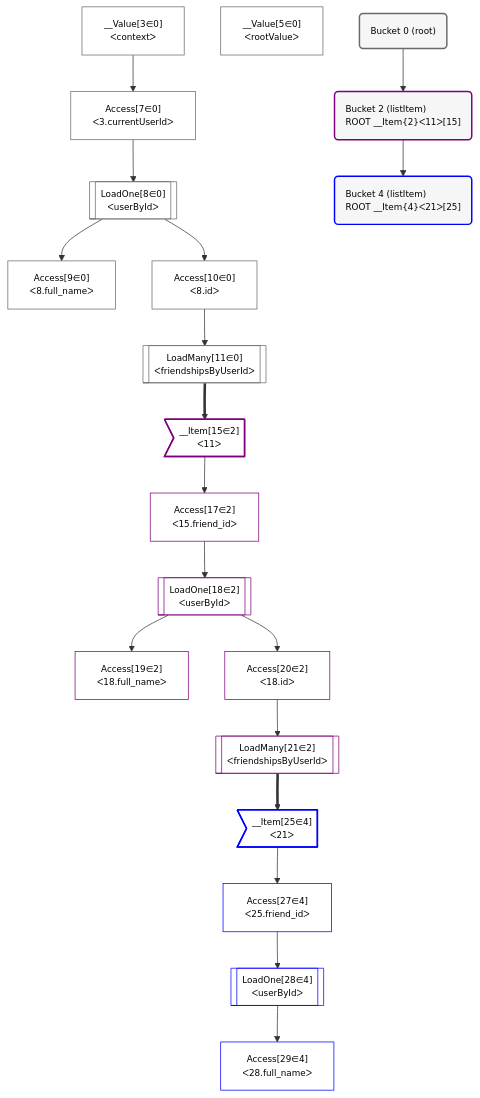
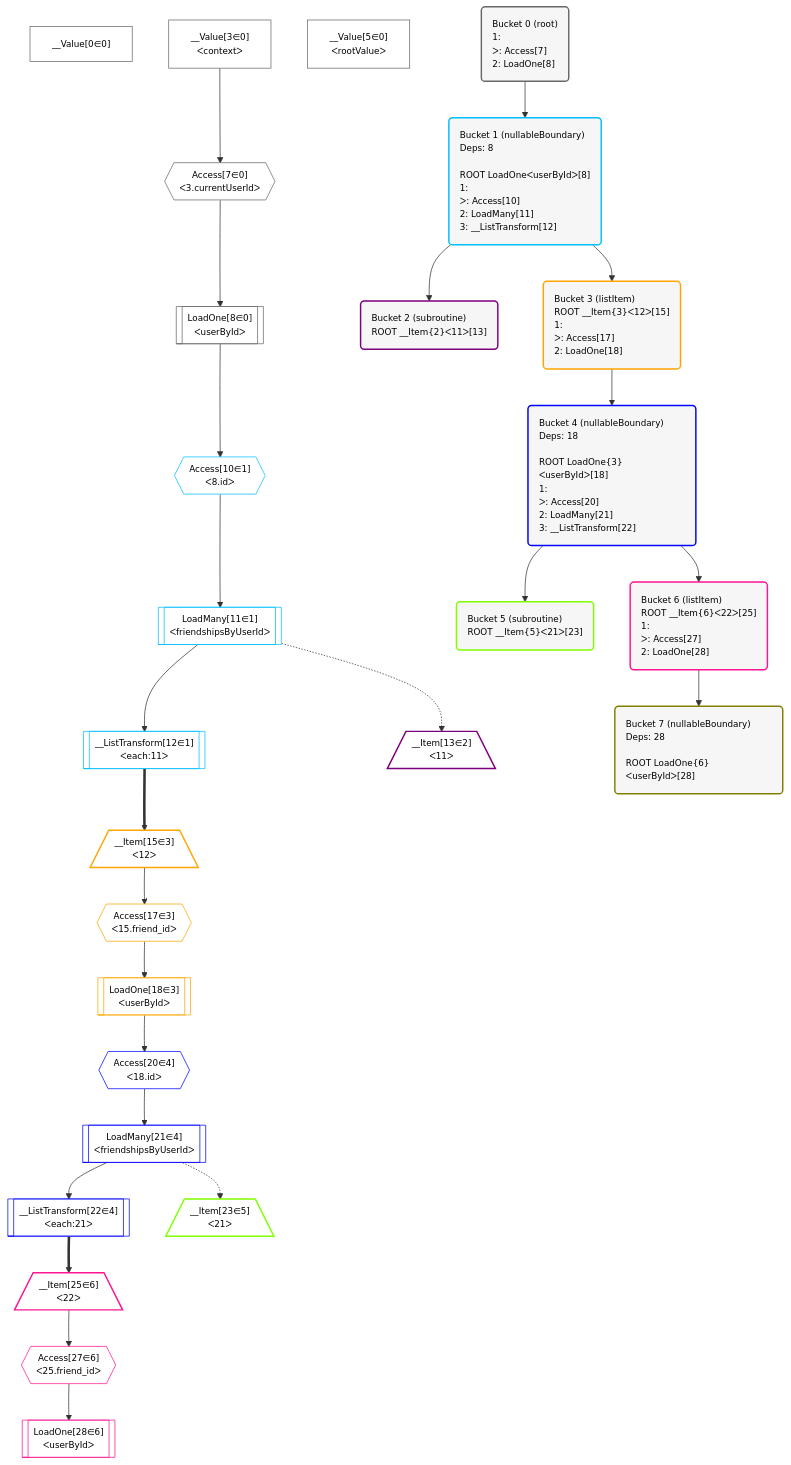
The diagram in grafast/website/examples/users-and-friends/plan.mermaid (graphile/crystal), drawn with Mermaid before and after one commit. The commit also changed 1 other file, not shown here.

```diff
--- a/grafast/website/examples/users-and-friends/plan.mermaid
+++ b/grafast/website/examples/users-and-friends/plan.mermaid
@@ -1,56 +1,78 @@
 %%{init: {'themeVariables': { 'fontSize': '12px'}}}%%
 flowchart TD
     classDef path fill:#eee,stroke:#000,color:#000
     classDef plan fill:#fff,stroke-width:1px,color:#000
     classDef itemplan fill:#fff,stroke-width:2px,color:#000
-    classDef sideeffectplan fill:#f00,stroke-width:2px,color:#000
+    classDef unbatchedplan fill:#dff,stroke-width:1px,color:#000
+    classDef sideeffectplan fill:#fcc,stroke-width:2px,color:#000
     classDef bucket fill:#f6f6f6,color:#000,stroke-width:2px,text-align:left
 
 
     %% define steps
+    __Value0["__Value[0∈0]"]:::plan
     __Value3["__Value[3∈0]<br />ᐸcontextᐳ"]:::plan
     __Value5["__Value[5∈0]<br />ᐸrootValueᐳ"]:::plan
-    Access7["Access[7∈0]<br />ᐸ3.currentUserIdᐳ"]:::plan
+    Access7{{"Access[7∈0]<br />ᐸ3.currentUserIdᐳ"}}:::plan
     LoadOne8[["LoadOne[8∈0]<br />ᐸuserByIdᐳ"]]:::plan
-    Access9["Access[9∈0]<br />ᐸ8.full_nameᐳ"]:::plan
-    Access10["Access[10∈0]<br />ᐸ8.idᐳ"]:::plan
-    LoadMany11[["LoadMany[11∈0]<br />ᐸfriendshipsByUserIdᐳ"]]:::plan
-    __Item15>"__Item[15∈2]<br />ᐸ11ᐳ"]:::itemplan
-    Access17["Access[17∈2]<br />ᐸ15.friend_idᐳ"]:::plan
-    LoadOne18[["LoadOne[18∈2]<br />ᐸuserByIdᐳ"]]:::plan
-    Access19["Access[19∈2]<br />ᐸ18.full_nameᐳ"]:::plan
-    Access20["Access[20∈2]<br />ᐸ18.idᐳ"]:::plan
-    LoadMany21[["LoadMany[21∈2]<br />ᐸfriendshipsByUserIdᐳ"]]:::plan
-    __Item25>"__Item[25∈4]<br />ᐸ21ᐳ"]:::itemplan
-    Access27["Access[27∈4]<br />ᐸ25.friend_idᐳ"]:::plan
-    LoadOne28[["LoadOne[28∈4]<br />ᐸuserByIdᐳ"]]:::plan
-    Access29["Access[29∈4]<br />ᐸ28.full_nameᐳ"]:::plan
+    Access10{{"Access[10∈1]<br />ᐸ8.idᐳ"}}:::plan
+    LoadMany11[["LoadMany[11∈1]<br />ᐸfriendshipsByUserIdᐳ"]]:::plan
+    __ListTransform12[["__ListTransform[12∈1]<br />ᐸeach:11ᐳ"]]:::plan
+    __Item13[/"__Item[13∈2]<br />ᐸ11ᐳ"\]:::itemplan
+    __Item15[/"__Item[15∈3]<br />ᐸ12ᐳ"\]:::itemplan
+    Access17{{"Access[17∈3]<br />ᐸ15.friend_idᐳ"}}:::plan
+    LoadOne18[["LoadOne[18∈3]<br />ᐸuserByIdᐳ"]]:::plan
+    Access20{{"Access[20∈4]<br />ᐸ18.idᐳ"}}:::plan
+    LoadMany21[["LoadMany[21∈4]<br />ᐸfriendshipsByUserIdᐳ"]]:::plan
+    __ListTransform22[["__ListTransform[22∈4]<br />ᐸeach:21ᐳ"]]:::plan
+    __Item23[/"__Item[23∈5]<br />ᐸ21ᐳ"\]:::itemplan
+    __Item25[/"__Item[25∈6]<br />ᐸ22ᐳ"\]:::itemplan
+    Access27{{"Access[27∈6]<br />ᐸ25.friend_idᐳ"}}:::plan
+    LoadOne28[["LoadOne[28∈6]<br />ᐸuserByIdᐳ"]]:::plan
 
     %% plan dependencies
     __Value3 --> Access7
     Access7 --> LoadOne8
-    LoadOne8 --> Access9
     LoadOne8 --> Access10
     Access10 --> LoadMany11
-    LoadMany11 ==> __Item15
+    LoadMany11 --> __ListTransform12
+    LoadMany11 -.-> __Item13
+    __ListTransform12 ==> __Item15
     __Item15 --> Access17
     Access17 --> LoadOne18
-    LoadOne18 --> Access19
     LoadOne18 --> Access20
     Access20 --> LoadMany21
-    LoadMany21 ==> __Item25
+    LoadMany21 --> __ListTransform22
+    LoadMany21 -.-> __Item23
+    __ListTransform22 ==> __Item25
     __Item25 --> Access27
     Access27 --> LoadOne28
-    LoadOne28 --> Access29
 
-    Bucket0("Bucket 0 (root)"):::bucket
+    Bucket0("Bucket 0 (root)<br />1: <br />ᐳ: Access[7]<br />2: LoadOne[8]"):::bucket
     classDef bucket0 stroke:#696969
-    class Bucket0,__Value3,__Value5,Access7,LoadOne8,Access9,Access10,LoadMany11 bucket0
-    Bucket2("Bucket 2 (listItem)<br />ROOT __Item{2}ᐸ11ᐳ[15]"):::bucket
+    class Bucket0,__Value0,__Value3,__Value5,Access7,LoadOne8 bucket0
+    Bucket1("Bucket 1 (nullableBoundary)<br />Deps: 8<br /><br />ROOT LoadOneᐸuserByIdᐳ[8]<br />1: <br />ᐳ: Access[10]<br />2: LoadMany[11]<br />3: __ListTransform[12]"):::bucket
+    classDef bucket1 stroke:#00bfff
+    class Bucket1,Access10,LoadMany11,__ListTransform12 bucket1
+    Bucket2("Bucket 2 (subroutine)<br />ROOT __Item{2}ᐸ11ᐳ[13]"):::bucket
     classDef bucket2 stroke:#7f007f
-    class Bucket2,__Item15,Access17,LoadOne18,Access19,Access20,LoadMany21 bucket2
-    Bucket4("Bucket 4 (listItem)<br />ROOT __Item{4}ᐸ21ᐳ[25]"):::bucket
+    class Bucket2,__Item13 bucket2
+    Bucket3("Bucket 3 (listItem)<br />ROOT __Item{3}ᐸ12ᐳ[15]<br />1: <br />ᐳ: Access[17]<br />2: LoadOne[18]"):::bucket
+    classDef bucket3 stroke:#ffa500
+    class Bucket3,__Item15,Access17,LoadOne18 bucket3
+    Bucket4("Bucket 4 (nullableBoundary)<br />Deps: 18<br /><br />ROOT LoadOne{3}ᐸuserByIdᐳ[18]<br />1: <br />ᐳ: Access[20]<br />2: LoadMany[21]<br />3: __ListTransform[22]"):::bucket
     classDef bucket4 stroke:#0000ff
-    class Bucket4,__Item25,Access27,LoadOne28,Access29 bucket4
-    Bucket0 --> Bucket2
-    Bucket2 --> Bucket4
+    class Bucket4,Access20,LoadMany21,__ListTransform22 bucket4
+    Bucket5("Bucket 5 (subroutine)<br />ROOT __Item{5}ᐸ21ᐳ[23]"):::bucket
+    classDef bucket5 stroke:#7fff00
+    class Bucket5,__Item23 bucket5
+    Bucket6("Bucket 6 (listItem)<br />ROOT __Item{6}ᐸ22ᐳ[25]<br />1: <br />ᐳ: Access[27]<br />2: LoadOne[28]"):::bucket
+    classDef bucket6 stroke:#ff1493
+    class Bucket6,__Item25,Access27,LoadOne28 bucket6
+    Bucket7("Bucket 7 (nullableBoundary)<br />Deps: 28<br /><br />ROOT LoadOne{6}ᐸuserByIdᐳ[28]"):::bucket
+    classDef bucket7 stroke:#808000
+    class Bucket7 bucket7
+    Bucket0 --> Bucket1
+    Bucket1 --> Bucket2 & Bucket3
+    Bucket3 --> Bucket4
+    Bucket4 --> Bucket5 & Bucket6
+    Bucket6 --> Bucket7
```
